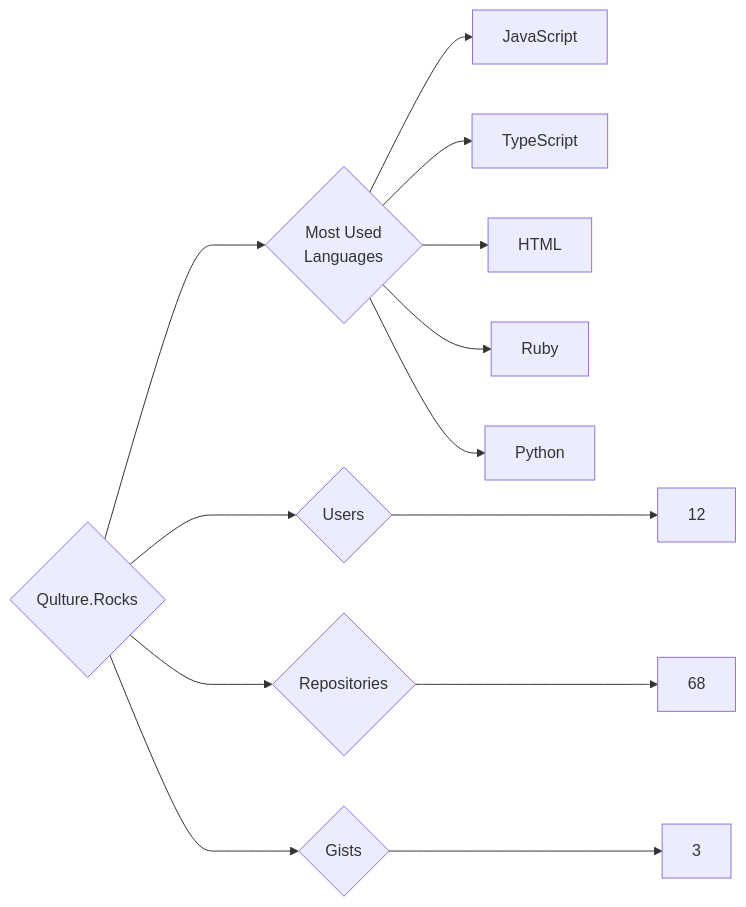
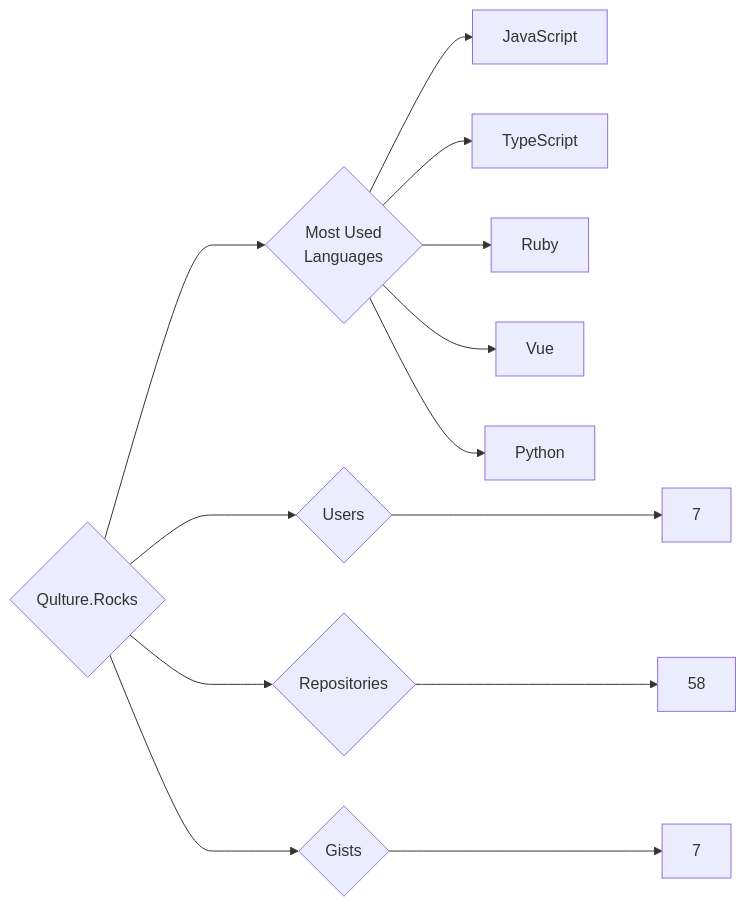
One commit to trickest/insiders changed the diagram in targets/Qulture.Rocks/README.md. Above: the diagram before and after it, drawn with Mermaid. The commit also changed 1389 other files, not shown here.

````diff
--- a/targets/Qulture.Rocks/README.md
+++ b/targets/Qulture.Rocks/README.md
@@ -3,13 +3,13 @@
 ```mermaid
 graph LR
 COMPANY_NAME{Qulture.Rocks}
-COMPANY_NAME ---> U{Users} ---> UN[12]
-COMPANY_NAME ---> R{Repositories} ---> RN[68]
-COMPANY_NAME ---> G{Gists} ---> GN[3]
+COMPANY_NAME ---> U{Users} ---> UN[7]
+COMPANY_NAME ---> R{Repositories} ---> RN[58]
+COMPANY_NAME ---> G{Gists} ---> GN[7]
 COMPANY_NAME ---> ML{Most Used<br>Languages}
 ML --> JavaScript[JavaScript]
 ML --> TypeScript[TypeScript]
-ML --> HTML[HTML]
 ML --> Ruby[Ruby]
+ML --> Vue[Vue]
 ML --> Python[Python]
 ```
````
